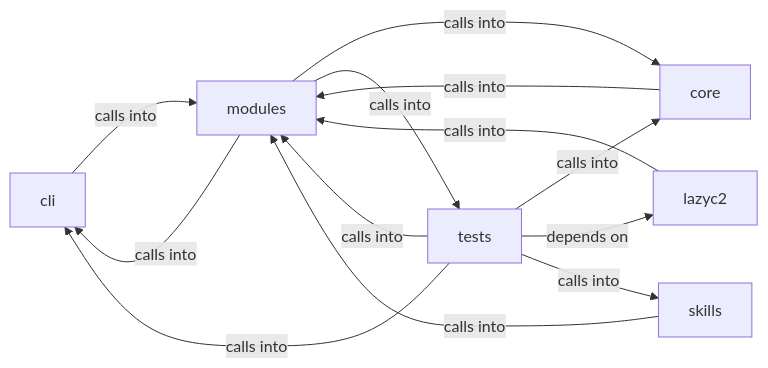
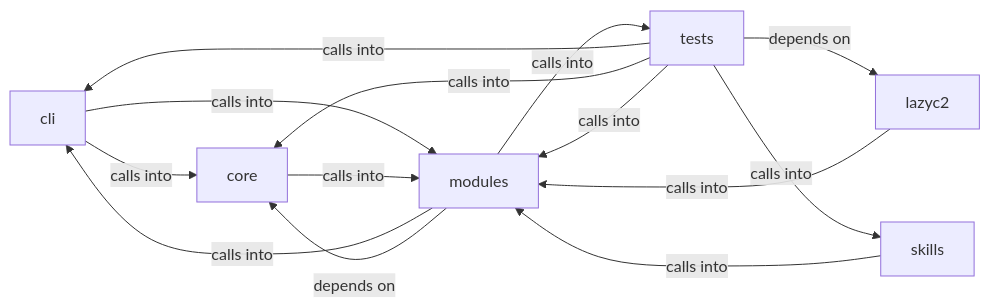
Before and after one commit to grisuno/LazyOwn: the diagram in readmenator-diagrams/modules_lazy_loop.md, drawn with Mermaid. The commit also changed other lines of this file and 216 other files, not shown here.

First line of the commit message:
feat: intel graph svg report appendix, hint fingerprint dedup, lab-only default scope guard, lazykerninc addon for cve-2026-40369

````diff
--- a/readmenator-diagrams/modules_lazy_loop.md
+++ b/readmenator-diagrams/modules_lazy_loop.md
@@ -5,21 +5,22 @@
 ```mermaid
 graph LR
     cli["cli"]
     core["core"]
     lazyc2["lazyc2"]
     modules["modules"]
     skills["skills"]
     tests["tests"]
+    cli -- "calls into" --> core
     cli -- "calls into" --> modules
     core -- "calls into" --> modules
     lazyc2 -- "calls into" --> modules
     modules -- "calls into" --> cli
-    modules -- "calls into" --> core
+    modules -- "depends on" --> core
     modules -- "calls into" --> tests
     skills -- "calls into" --> modules
     tests -- "calls into" --> cli
     tests -- "calls into" --> core
     tests -- "depends on" --> lazyc2
     tests -- "calls into" --> modules
     tests -- "calls into" --> skills
 ```
````
